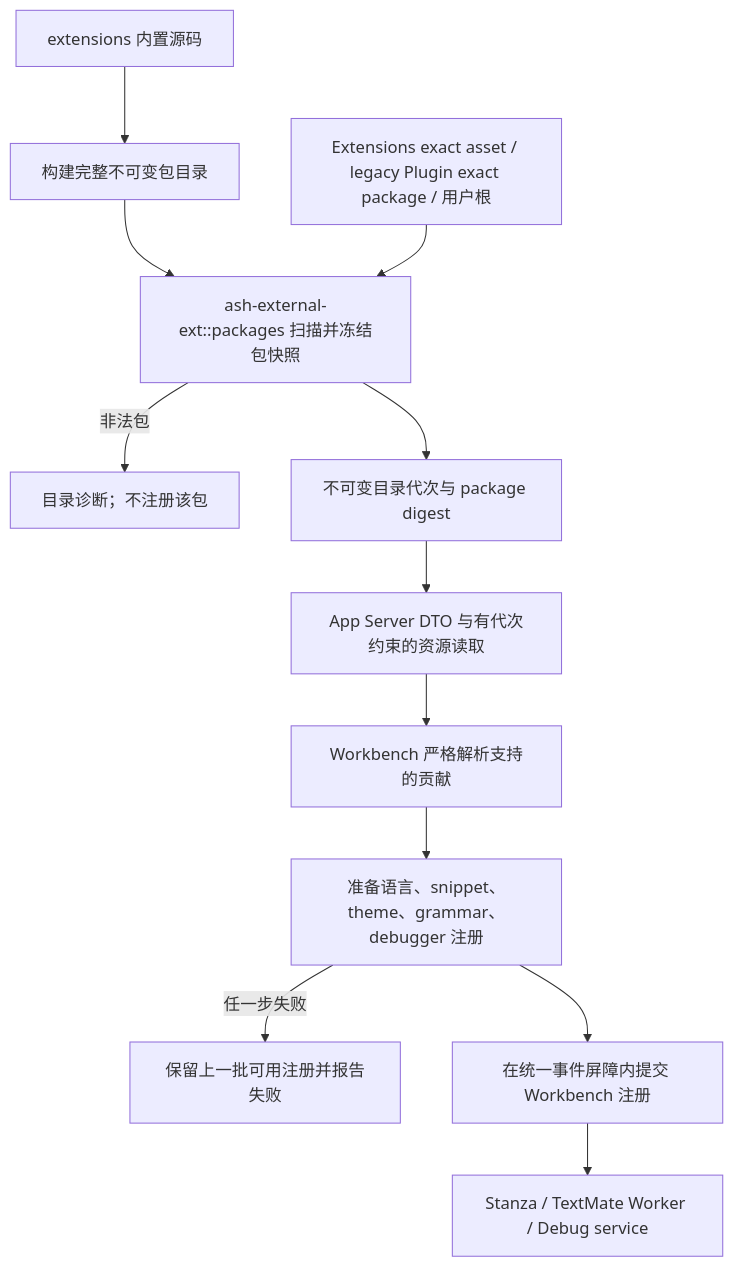
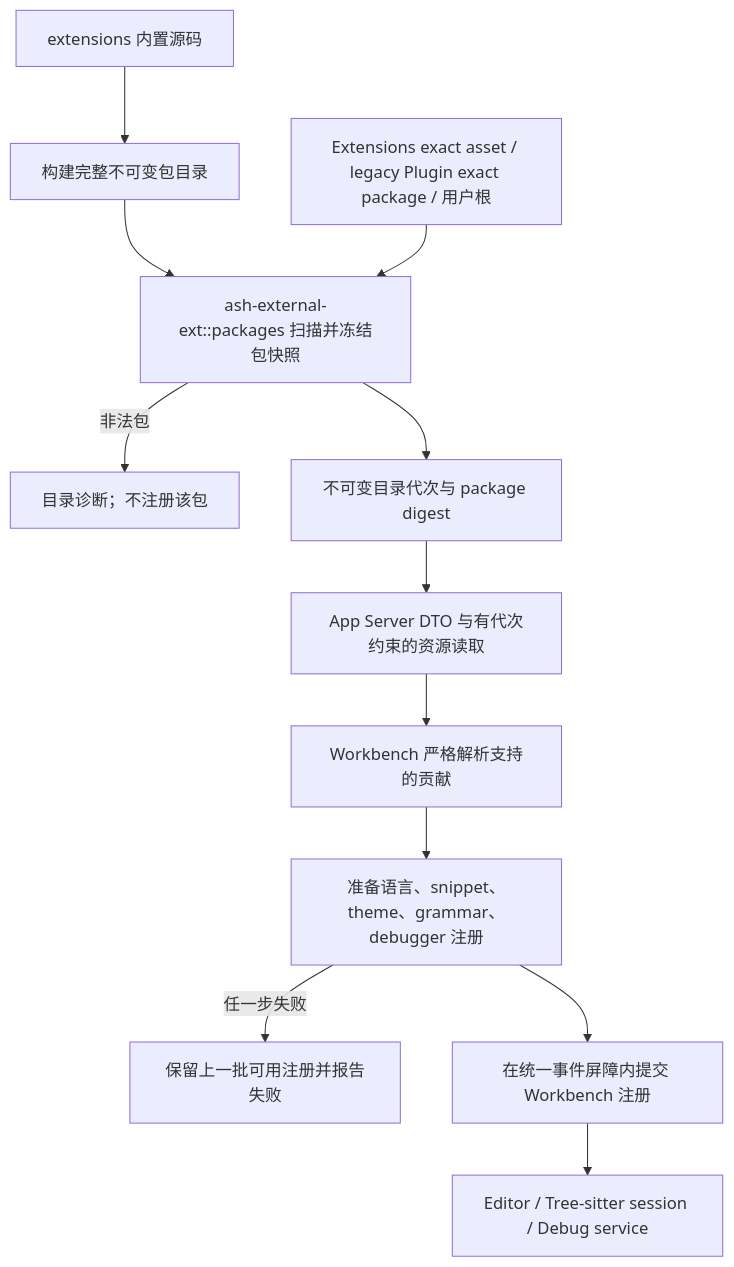
The fourth of 5 diagrams in docs/editor-extensions.md (chogng/ash), drawn with Mermaid before and after one commit. The commit also changed other lines of this file and 483 other files, not shown here.

First line of the commit message:
refactor(language): share package metadata and Tree-sitter syntax services

````diff
--- a/docs/editor-extensions.md
+++ b/docs/editor-extensions.md
@@ -596,14 +596,14 @@
 ```mermaid
 flowchart TD
     builtin["extensions 内置源码"] --> build["构建完整不可变包目录"]
     build --> scan
     package["Extensions exact asset / legacy Plugin exact package / 用户根"] --> scan["ash-external-ext::packages 扫描并冻结包快照"]
     scan -->|非法包| diagnostic["目录诊断；不注册该包"]
     scan --> catalog["不可变目录代次与 package digest"]
     catalog --> protocol["App Server DTO 与有代次约束的资源读取"]
     protocol --> parse["Workbench 严格解析支持的贡献"]
     parse --> prepare["准备语言、snippet、theme、grammar、debugger 注册"]
     prepare -->|任一步失败| previous["保留上一批可用注册并报告失败"]
     prepare --> commit["在统一事件屏障内提交 Workbench 注册"]
-    commit --> consumers["Stanza / TextMate Worker / Debug service"]
+    commit --> consumers["Editor / Tree-sitter session / Debug service"]
 ```
````
